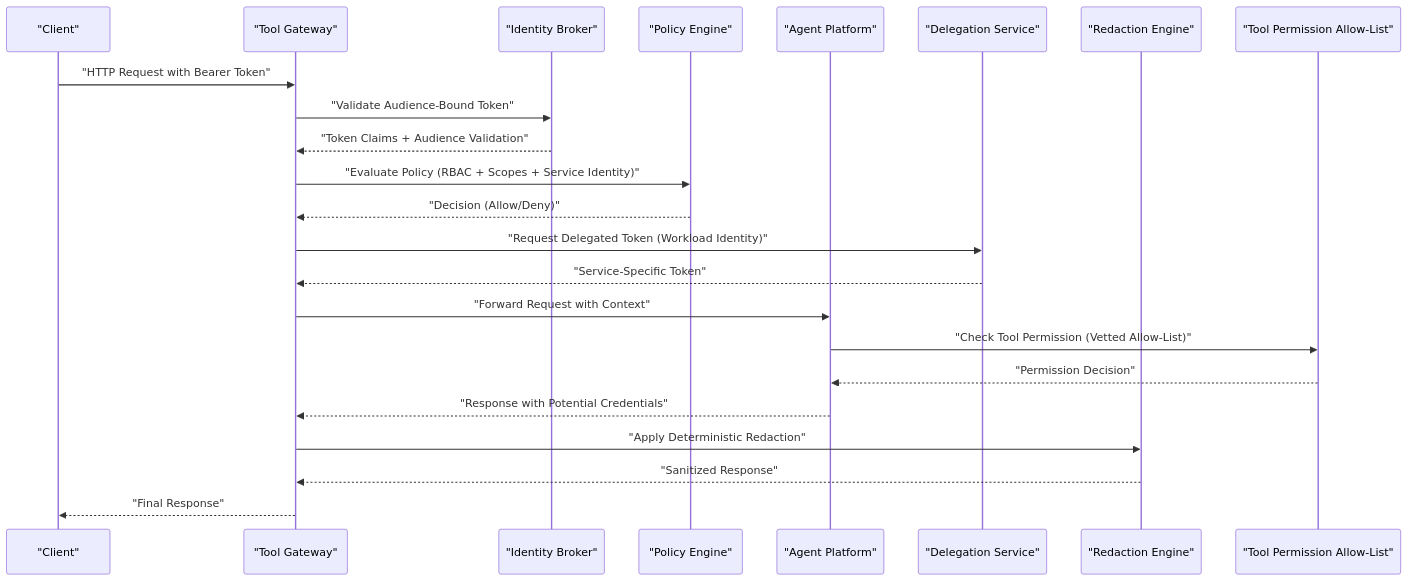
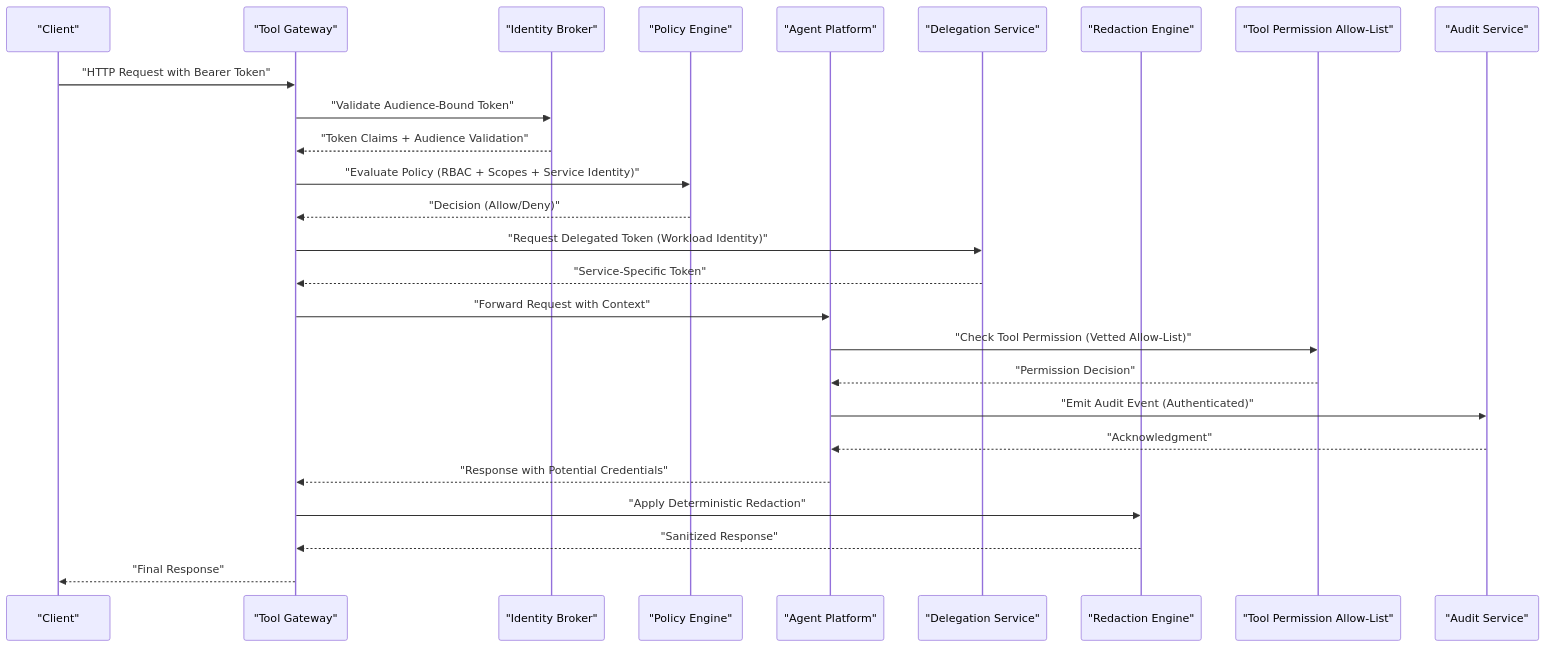
One commit to metasync/luban-aiops changed the second of 9 diagrams in .qoder/repowiki/en/content/Security Guide/Security Guide.md. Above: the diagram before and after it, drawn with Mermaid. The commit also changed other lines of this file and 48 other files, not shown here.

First line of the commit message:
docs: refresh repowiki knowledge cache for audit-service product

````diff
--- a/.qoder/repowiki/en/content/Security Guide/Security Guide.md
+++ b/.qoder/repowiki/en/content/Security Guide/Security Guide.md
@@ -118,25 +137,28 @@
 ```mermaid
 sequenceDiagram
 participant Client as "Client"
 participant Gateway as "Tool Gateway"
 participant Broker as "Identity Broker"
 participant Policy as "Policy Engine"
 participant Agent as "Agent Platform"
 participant Delegation as "Delegation Service"
 participant Redaction as "Redaction Engine"
 participant AllowList as "Tool Permission Allow-List"
+participant AuditService as "Audit Service"
 Client->>Gateway : "HTTP Request with Bearer Token"
 Gateway->>Broker : "Validate Audience-Bound Token"
 Broker-->>Gateway : "Token Claims + Audience Validation"
 Gateway->>Policy : "Evaluate Policy (RBAC + Scopes + Service Identity)"
 Policy-->>Gateway : "Decision (Allow/Deny)"
 Gateway->>Delegation : "Request Delegated Token (Workload Identity)"
 Delegation-->>Gateway : "Service-Specific Token"
 Gateway->>Agent : "Forward Request with Context"
 Agent->>AllowList : "Check Tool Permission (Vetted Allow-List)"
 AllowList-->>Agent : "Permission Decision"
+Agent->>AuditService : "Emit Audit Event (Authenticated)"
+AuditService-->>Agent : "Acknowledgment"
 Agent-->>Gateway : "Response with Potential Credentials"
 Gateway->>Redaction : "Apply Deterministic Redaction"
 Redaction-->>Gateway : "Sanitized Response"
 Gateway-->>Client : "Final Response"
 ```
````
